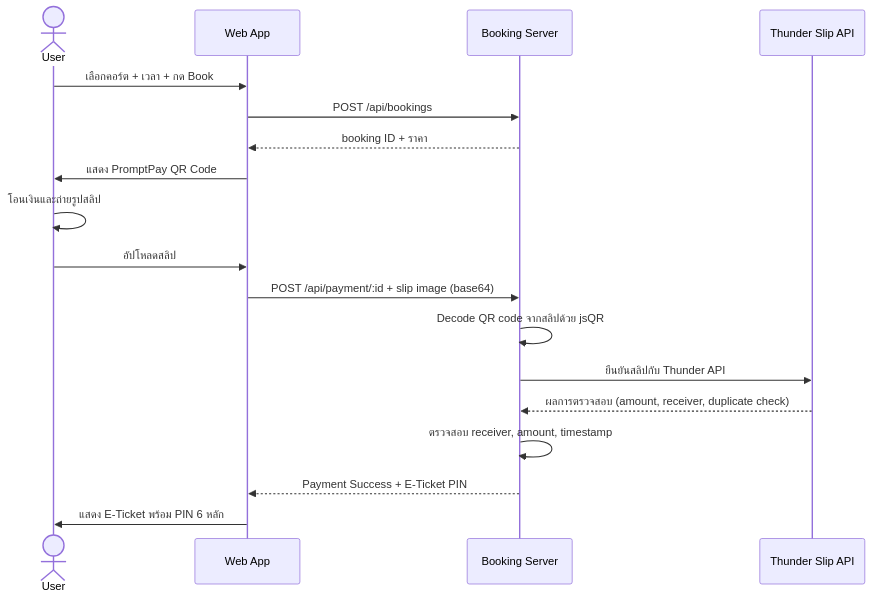
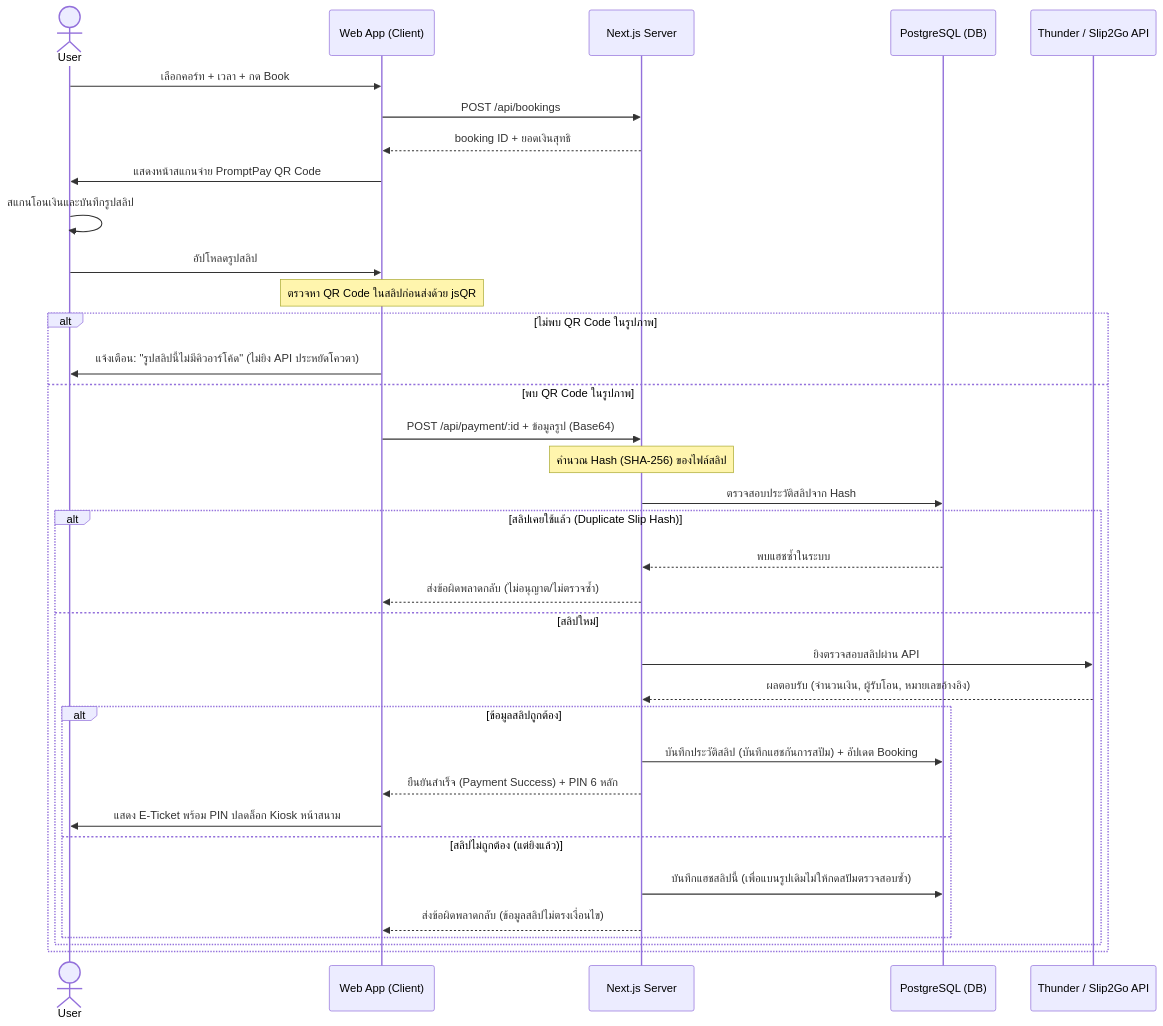
The second of 4 diagrams in README.md (Entity014/Tennis_App), drawn with Mermaid before and after one commit. The commit also changed other lines of this file, not shown here.

Commit message:
docs: update README.md with Next.js migration, PostgreSQL setup, and slip verification workflow

````diff
--- a/README.md
+++ b/README.md
@@ -244,21 +256,38 @@
 ```mermaid
 sequenceDiagram
     actor User
-    participant Web as Web App
-    participant Server as Booking Server
-    participant SlipAPI as Thunder Slip API
+    participant Web as Web App (Client)
+    participant Server as Next.js Server
+    participant DB as PostgreSQL (DB)
+    participant SlipAPI as Thunder / Slip2Go API
 
-    User->>Web: เลือกคอร์ต + เวลา + กด Book
+    User->>Web: เลือกคอร์ท + เวลา + กด Book
     Web->>Server: POST /api/bookings
-    Server-->>Web: booking ID + ราคา
-    Web->>User: แสดง PromptPay QR Code
-    User->>User: โอนเงินและถ่ายรูปสลิป
-    User->>Web: อัปโหลดสลิป
-    Web->>Server: POST /api/payment/:id + slip image (base64)
-    Server->>Server: Decode QR code จากสลิปด้วย jsQR
-    Server->>SlipAPI: ยืนยันสลิปกับ Thunder API
-    SlipAPI-->>Server: ผลการตรวจสอบ (amount, receiver, duplicate check)
-    Server->>Server: ตรวจสอบ receiver, amount, timestamp
-    Server-->>Web: Payment Success + E-Ticket PIN
-    Web->>User: แสดง E-Ticket พร้อม PIN 6 หลัก
+    Server-->>Web: booking ID + ยอดเงินสุทธิ
+    Web->>User: แสดงหน้าสแกนจ่าย PromptPay QR Code
+    User->>User: สแกนโอนเงินและบันทึกรูปสลิป
+    User->>Web: อัปโหลดรูปสลิป
+    Note over Web: ตรวจหา QR Code ในสลิปก่อนส่งด้วย jsQR
+    alt ไม่พบ QR Code ในรูปภาพ
+        Web->>User: แจ้งเตือน: "รูปสลิปนี้ไม่มีคิวอาร์โค้ด" (ไม่ยิง API ประหยัดโควตา)
+    else พบ QR Code ในรูปภาพ
+        Web->>Server: POST /api/payment/:id + ข้อมูลรูป (Base64)
+        Note over Server: คำนวณ Hash (SHA-256) ของไฟล์สลิป
+        Server->>DB: ตรวจสอบประวัติสลิปจาก Hash
+        alt สลิปเคยใช้แล้ว (Duplicate Slip Hash)
+            DB-->>Server: พบแฮชซ้ำในระบบ
+            Server-->>Web: ส่งข้อผิดพลาดกลับ (ไม่อนุญาต/ไม่ตรวจซ้ำ)
+        else สลิปใหม่
+            Server->>SlipAPI: ยิงตรวจสอบสลิปผ่าน API
+            SlipAPI-->>Server: ผลตอบรับ (จำนวนเงิน, ผู้รับโอน, หมายเลขอ้างอิง)
+            alt ข้อมูลสลิปถูกต้อง
+                Server->>DB: บันทึกประวัติสลิป (บันทึกแฮชกันการสปัม) + อัปเดต Booking
+                Server-->>Web: ยืนยันสำเร็จ (Payment Success) + PIN 6 หลัก
+                Web->>User: แสดง E-Ticket พร้อม PIN ปลดล็อก Kiosk หน้าสนาม
+            else สลิปไม่ถูกต้อง (แต่ยิงแล้ว)
+                Server->>DB: บันทึกแฮชสลิปนี้ (เพื่อแบนรูปเดิมไม่ให้กดสปัมตรวจสอบซ้ำ)
+                Server-->>Web: ส่งข้อผิดพลาดกลับ (ข้อมูลสลิปไม่ตรงเงื่อนไข)
+            end
+        end
+    end
 ```
````
